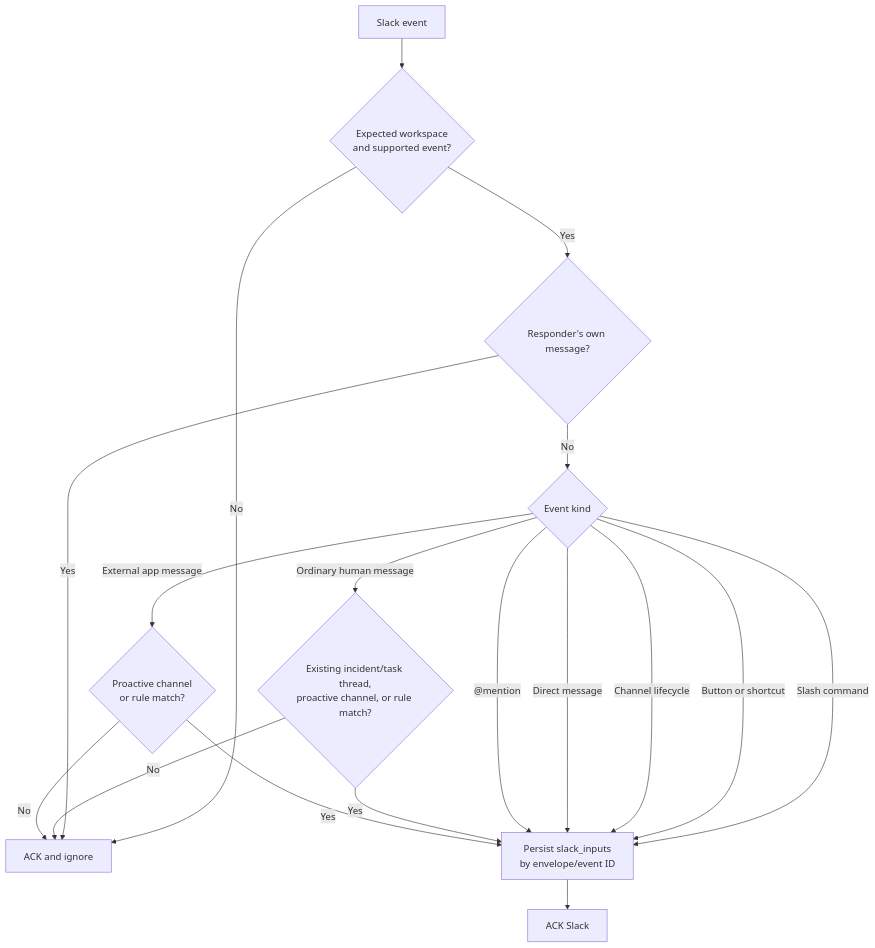
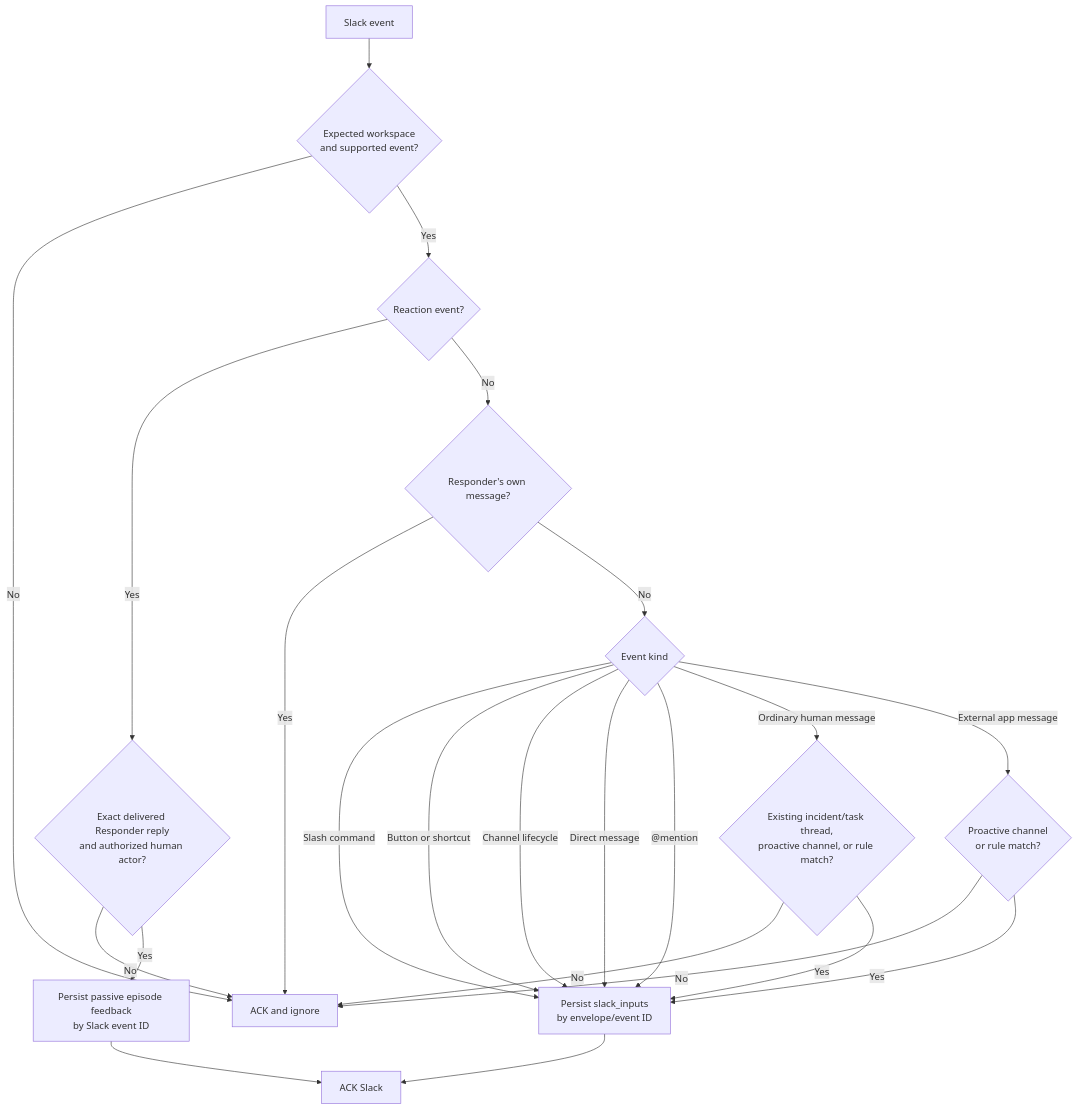
Before and after one commit to AndrewDryga/ryker: the second of 11 diagrams in docs/how-responder-works.md, drawn with Mermaid. The commit also changed other lines of this file and 46 other files, not shown here.

````diff
--- a/docs/how-responder-works.md
+++ b/docs/how-responder-works.md
@@ -137,23 +137,28 @@
 ```mermaid
 flowchart TD
   Event["Slack event"] --> Valid{"Expected workspace<br/>and supported event?"}
   Valid -- No --> AckIgnore["ACK and ignore"]
-  Valid -- Yes --> Own{"Responder's own message?"}
+  Valid -- Yes --> Reaction{"Reaction event?"}
+  Reaction -- Yes --> Feedback{"Exact delivered Responder reply<br/>and authorized human actor?"}
+  Feedback -- No --> AckIgnore
+  Feedback -- Yes --> PersistFeedback["Persist passive episode feedback<br/>by Slack event ID"]
+  PersistFeedback --> Ack
+  Reaction -- No --> Own{"Responder's own message?"}
   Own -- Yes --> AckIgnore
   Own -- No --> Kind{"Event kind"}
 
   Kind -- "Slash command" --> Persist["Persist slack_inputs<br/>by envelope/event ID"]
   Kind -- "Button or shortcut" --> Persist
   Kind -- "Channel lifecycle" --> Persist
   Kind -- "Direct message" --> Persist
   Kind -- "@mention" --> Persist
   Kind -- "Ordinary human message" --> HumanGate{"Existing incident/task thread,<br/>proactive channel, or rule match?"}
   Kind -- "External app message" --> AppGate{"Proactive channel<br/>or rule match?"}
 
   HumanGate -- No --> AckIgnore
   HumanGate -- Yes --> Persist
   AppGate -- No --> AckIgnore
   AppGate -- Yes --> Persist
 
   Persist --> Ack["ACK Slack"]
 ```
````
